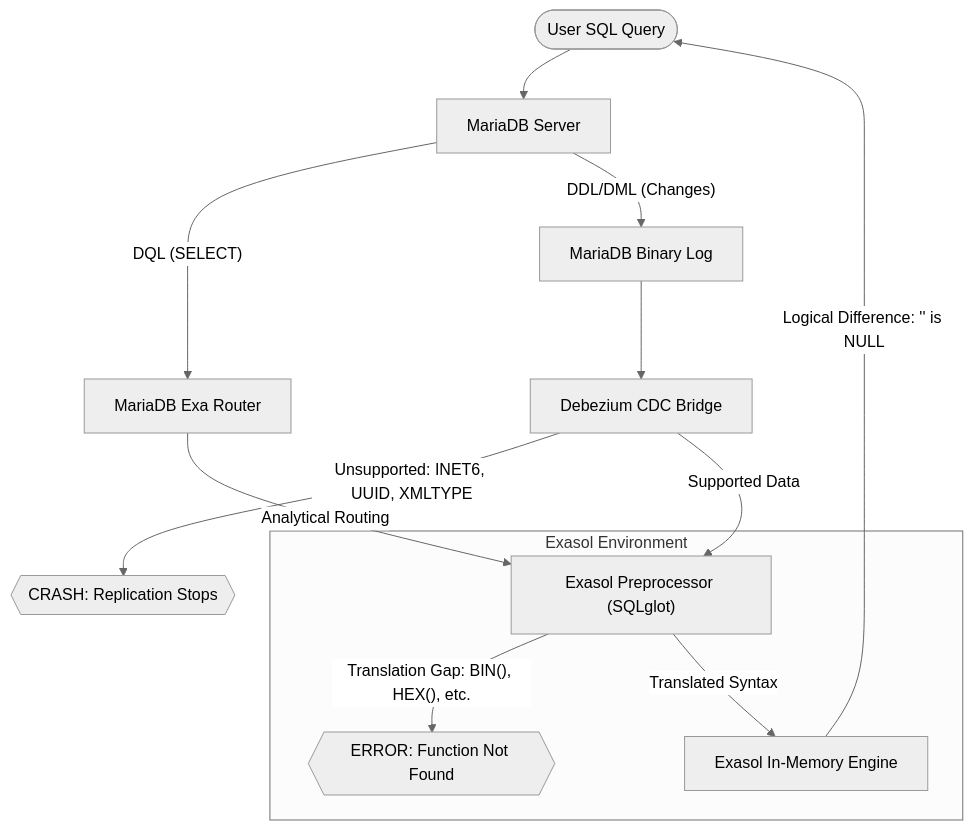
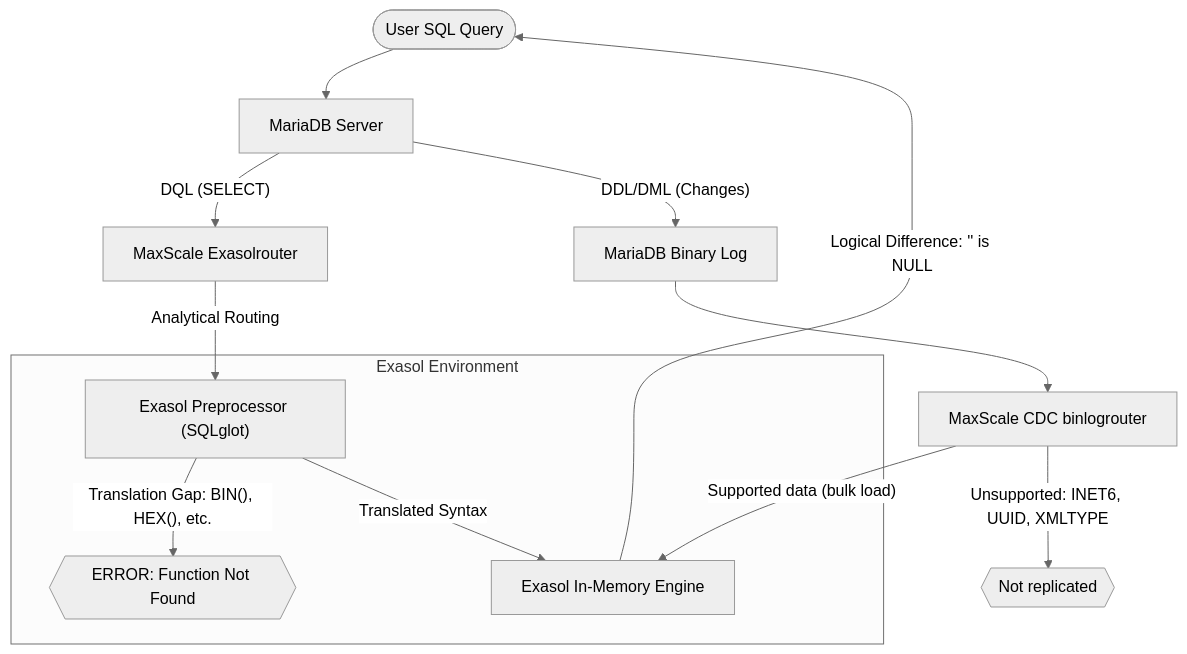
Before and after one commit to mariadb-corporation/mariadb-docs: the diagram in analytics/mariadb-exa/compatibility-and-reference.md, drawn with Mermaid (neutral theme). The commit also changed other lines of this file and 5 other files, not shown here.

First line of the commit message:
DOCS-6306: rewrite MariaDB Exa section for MaxScale-native CDC

````diff
--- a/analytics/mariadb-exa/compatibility-and-reference.md
+++ b/analytics/mariadb-exa/compatibility-and-reference.md
@@ -20,29 +20,29 @@
 ```mermaid
 graph TD
     User([User SQL Query]) --> MariaDB[MariaDB Server]
     
     %% The Routing Path
-    MariaDB -- "DQL (SELECT)" --> Router[MariaDB Exa Router]
+    MariaDB -- "DQL (SELECT)" --> Router[MaxScale Exasolrouter]
     Router -- "Analytical Routing" --> Preprocessor
     
     %% The Replication Path
     MariaDB -- "DDL/DML (Changes)" --> BinLog[MariaDB Binary Log]
-    BinLog --> Debezium[Debezium CDC Bridge]
+    BinLog --> CDC[MaxScale CDC binlogrouter]
     
-    %% Debezium Failure Point
-    Debezium -- "Unsupported: INET6, UUID, XMLTYPE" --> DebCrash{{"CRASH: Replication Stops"}}
-    Debezium -- "Supported Data" --> Preprocessor
+    %% Unsupported-type handling
+    CDC -- "Unsupported: INET6, UUID, XMLTYPE" --> DebCrash{{"Not replicated"}}
+    CDC -- "Supported data (bulk load)" --> Engine
     
     %% The Gatekeeper
     subgraph Exasol ["Exasol Environment"]
         Preprocessor["Exasol Preprocessor (SQLglot)"]
         Engine["Exasol In-Memory Engine"]
         
         %% Preprocessor Failure Point
         Preprocessor -- "Translation Gap: BIN(), HEX(), etc." --> TransFail{{"ERROR: Function Not Found"}}
         Preprocessor -- "Translated Syntax" --> Engine
     end
     
     %% Behavioral Differences
     Engine -- "Logical Difference: '' is NULL" --> User
 ```
````
